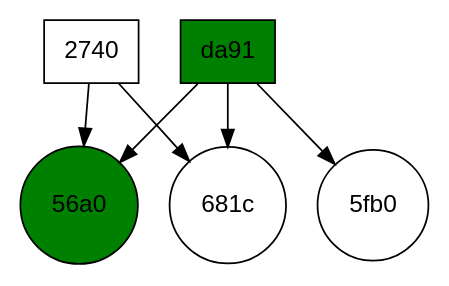
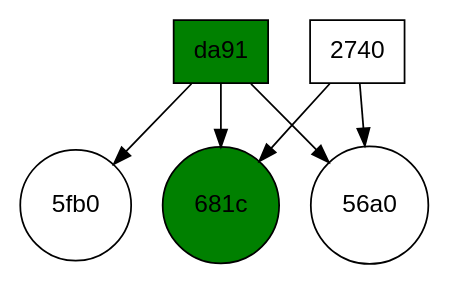
Before and after one commit to ifra-mahmood24/Python-Projects: the diagram in IP-CW2/also_likes.dot, drawn with Graphviz. The commit also changed 16 other files, not shown here.

```diff
--- a/IP-CW2/also_likes.dot
+++ b/IP-CW2/also_likes.dot
@@ -1,14 +1,14 @@
 digraph AlsoLikes {
   rankdir=TB;
   node [fontname="Helvetica"];
-  "681c" [shape=circle, label="681c"];
   "5fb0" [shape=circle, label="5fb0"];
-  "56a0" [shape=circle, style=filled, fillcolor="green", label="56a0"];
+  "56a0" [shape=circle, label="56a0"];
+  "681c" [shape=circle, style=filled, fillcolor="green", label="681c"];
+  "da91" [shape=box, style=filled, fillcolor="green", label="da91"];
   "2740" [shape=box, label="2740"];
-  "da91" [shape=box, style=filled, fillcolor="green", label="da91"];
+  "da91" -> "681c";
+  "da91" -> "56a0";
   "da91" -> "5fb0";
   "2740" -> "681c";
-  "da91" -> "681c";
   "2740" -> "56a0";
-  "da91" -> "56a0";
 }
```
